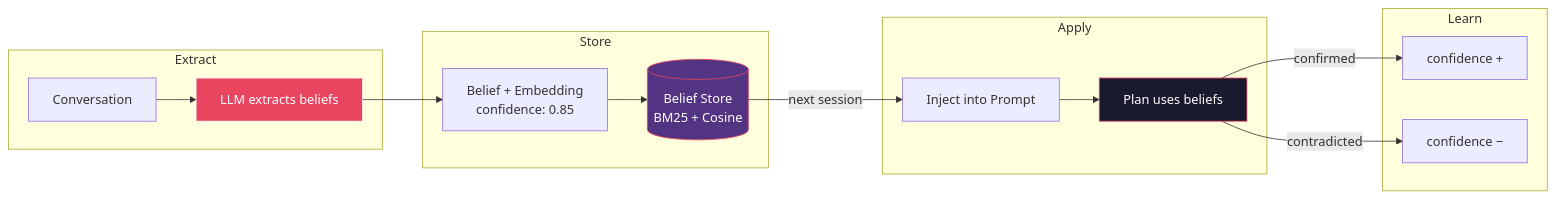
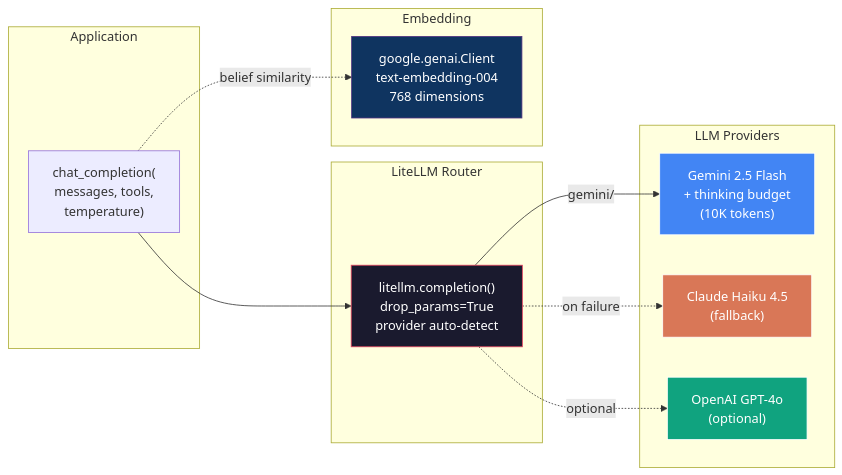
The fourth of 15 diagrams in README.md (RnltLabs/athletly-backend), drawn with Mermaid before and after one commit. The commit also changed other lines of this file, not shown here.

First line of the commit message:
docs: rewrite README with architecture diagrams and technical deep-dive

````diff
--- a/README.md
+++ b/README.md
@@ -103,25 +199,33 @@
 ```mermaid
 flowchart LR
-    subgraph Extract
-        A["Conversation"] --> B["LLM extracts beliefs"]
+    subgraph App["Application"]
+        CC["chat_completion(<br/>messages, tools,<br/>temperature)"]
     end
 
-    subgraph Store
-        B --> C["Belief + Embedding<br/>confidence: 0.85"]
-        C --> D[("Belief Store<br/>BM25 + Cosine")]
+    subgraph LiteLLM["LiteLLM Router"]
+        ROUTER["litellm.completion()<br/>drop_params=True<br/>provider auto-detect"]
     end
 
-    subgraph Apply
-        D -->|next session| E["Inject into Prompt"]
-        E --> F["Plan uses beliefs"]
+    subgraph Providers["LLM Providers"]
+        G["Gemini 2.5 Flash<br/>+ thinking budget<br/>(10K tokens)"]
+        C["Claude Haiku 4.5<br/>(fallback)"]
+        O["OpenAI GPT-4o<br/>(optional)"]
     end
 
-    subgraph Learn
-        F -->|confirmed| G["confidence +"]
-        F -->|contradicted| H["confidence −"]
+    subgraph Embed["Embedding"]
+        E["google.genai.Client<br/>text-embedding-004<br/>768 dimensions"]
     end
 
-    style B fill:#e94560,stroke:#fff,color:#fff
-    style D fill:#533483,stroke:#e94560,color:#fff
-    style F fill:#1a1a2e,stroke:#e94560,color:#fff
+    CC --> ROUTER
+    ROUTER -->|"gemini/"| G
+    ROUTER -.->|"on failure"| C
+    ROUTER -.->|"optional"| O
+
+    CC -.->|"belief similarity"| E
+
+    style ROUTER fill:#1a1a2e,stroke:#e94560,color:#fff
+    style G fill:#4285F4,stroke:#fff,color:#fff
+    style C fill:#D97757,stroke:#fff,color:#fff
+    style O fill:#10A37F,stroke:#fff,color:#fff
+    style E fill:#0f3460,stroke:#533483,color:#fff
 ```
````
